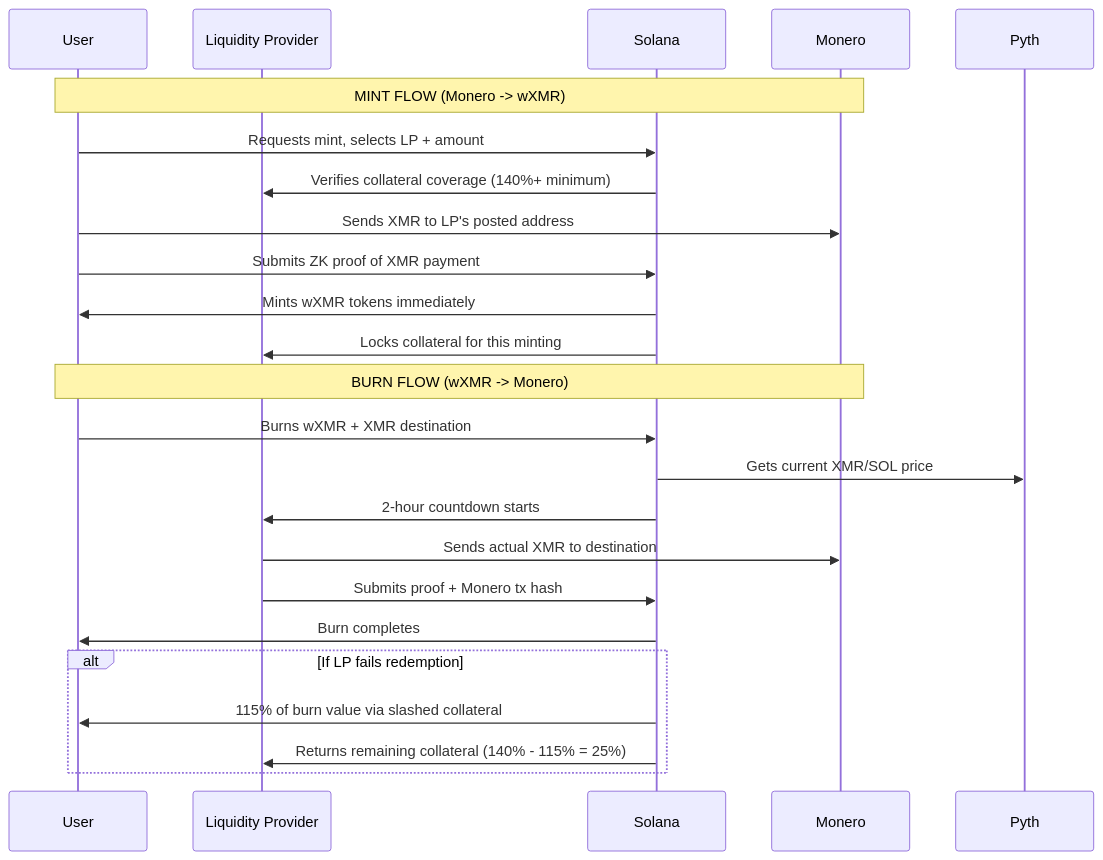
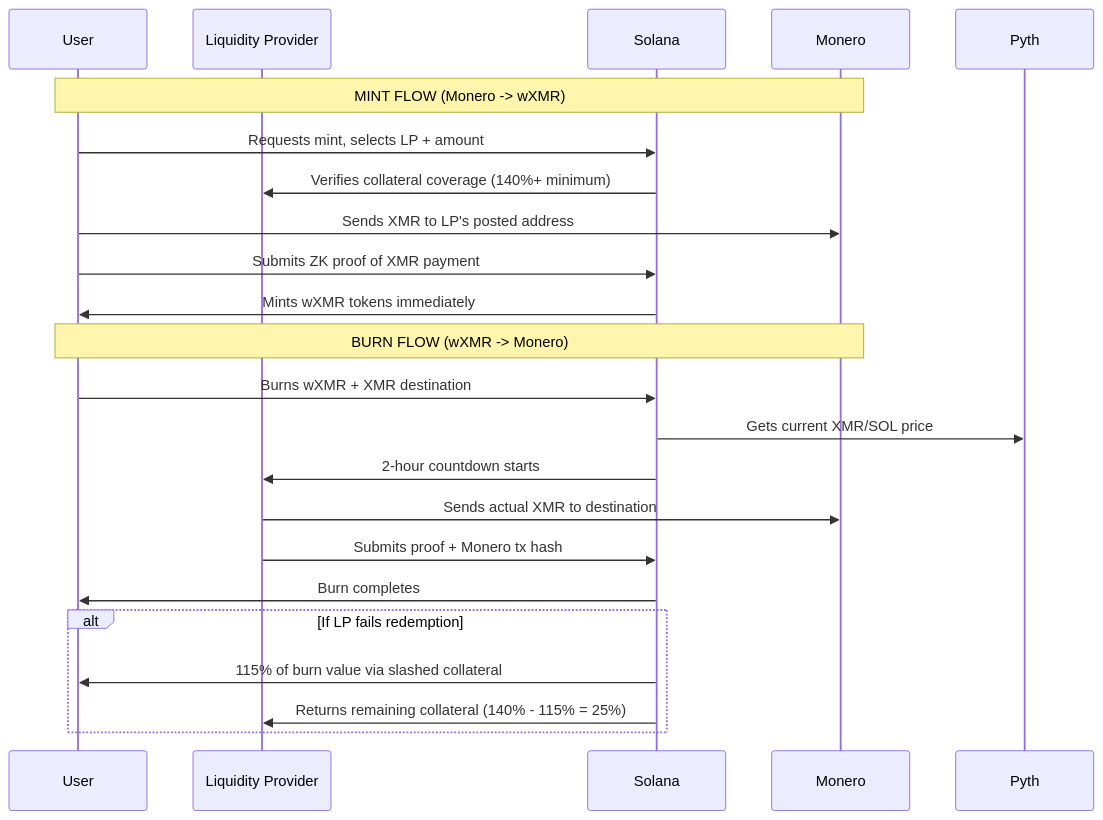
The diagram in SYNTHWRAP.md (madschristensen99/fungerbil), drawn with Mermaid before and after one commit.

Commit message:
Remove collateral locking step for wXMR minting
Removed the step where Solana locks collateral for minting wXMR tokens.

````diff
--- a/SYNTHWRAP.md
+++ b/SYNTHWRAP.md
@@ -34,29 +34,28 @@
 ```mermaid
 sequenceDiagram
     participant User
     participant LP as Liquidity Provider
     participant Solana
     participant Monero
     participant Pyth
 
     Note over User,Monero: MINT FLOW (Monero -> wXMR)
     User->>Solana: Requests mint, selects LP + amount
     Solana->>LP: Verifies collateral coverage (140%+ minimum)
     User->>Monero: Sends XMR to LP's posted address
     User->>Solana: Submits ZK proof of XMR payment
     Solana->>User: Mints wXMR tokens immediately
-    Solana->>LP: Locks collateral for this minting
 
     Note over User,Monero: BURN FLOW (wXMR -> Monero)
     User->>Solana: Burns wXMR + XMR destination
     Solana->>Pyth: Gets current XMR/SOL price
     Solana->>LP: 2-hour countdown starts
     LP->>Monero: Sends actual XMR to destination
     LP->>Solana: Submits proof + Monero tx hash
     Solana->>User: Burn completes
     
     alt If LP fails redemption
         Solana->>User: 115% of burn value via slashed collateral
         Solana->>LP: Returns remaining collateral (140% - 115% = 25%)
     end
 ```
````
